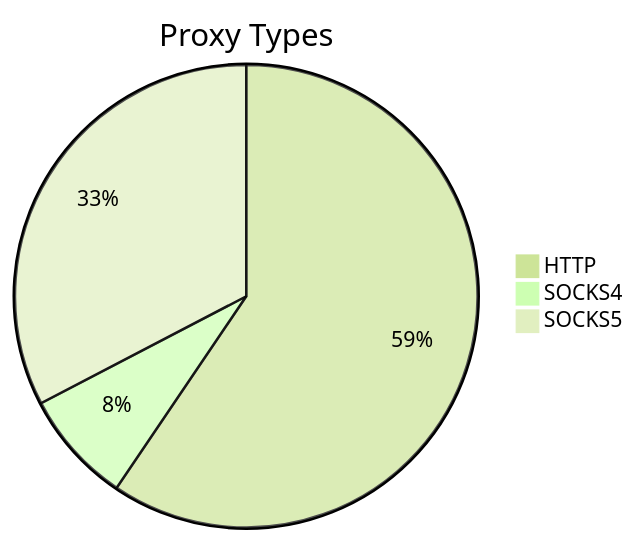
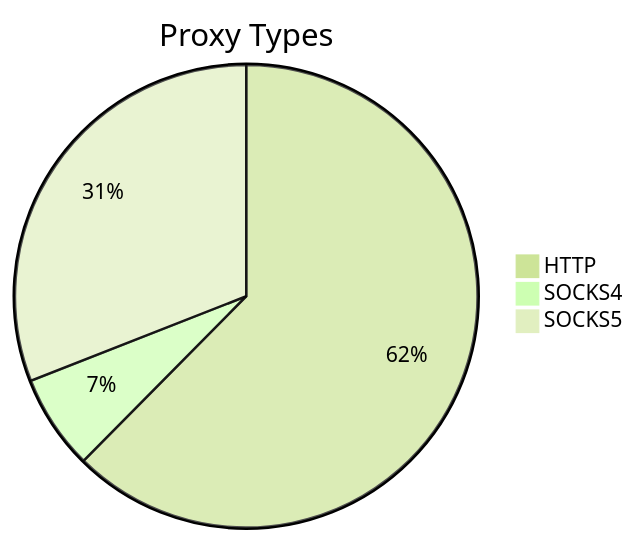
The first of 2 diagrams in README.md (stormsia/proxy-list), drawn with Mermaid (forest theme) before and after one commit. The commit also changed other lines of this file, not shown here.

````diff
--- a/README.md
+++ b/README.md
@@ -21,6 +21,6 @@
 ```mermaid
 pie title Proxy Types
-    "HTTP" : 377
-    "SOCKS4" : 50
-    "SOCKS5" : 207
+    "HTTP" : 498
+    "SOCKS4" : 53
+    "SOCKS5" : 247
 ```
````
